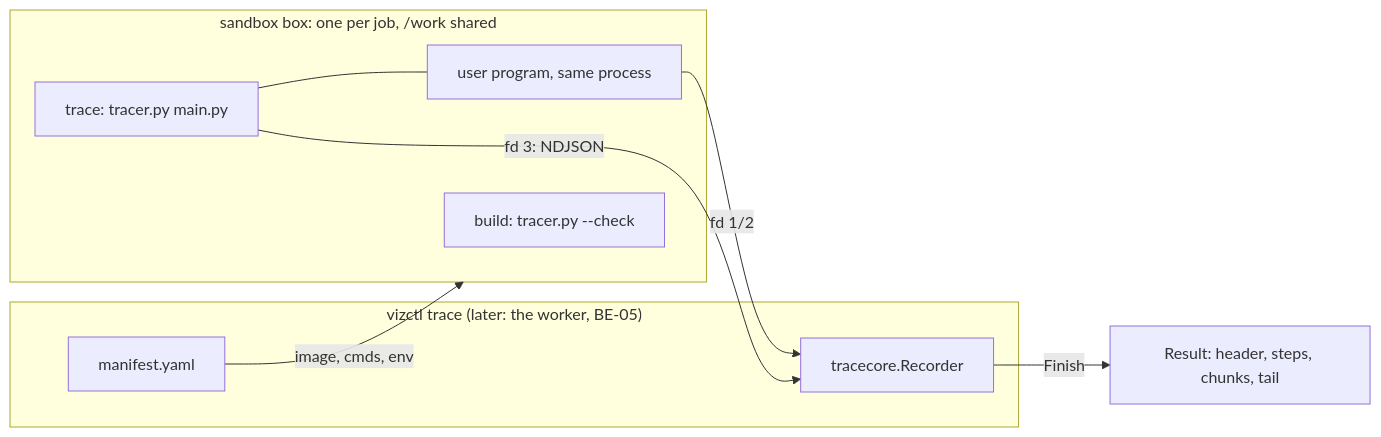
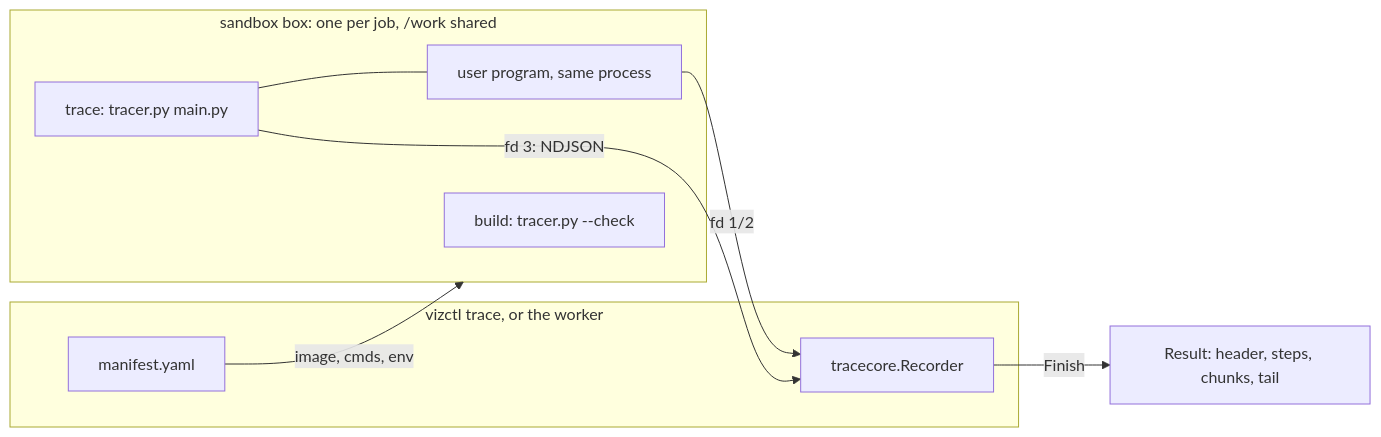
Before and after one commit to tu-hm/code-viz: the first of 2 diagrams in docs/backend/architecture/tracing.md, drawn with Mermaid. The commit also changed other lines of this file and 4 other files, not shown here.

````diff
--- a/docs/backend/architecture/tracing.md
+++ b/docs/backend/architecture/tracing.md
@@ -9,17 +9,17 @@
 ```mermaid
 flowchart LR
-  subgraph caller["vizctl trace (later: the worker, BE-05)"]
+  subgraph caller["vizctl trace, or the worker"]
     M["manifest.yaml"]
     R["tracecore.Recorder"]
   end
   subgraph box["sandbox box: one per job, /work shared"]
     C["build: tracer.py --check"]
     T["trace: tracer.py main.py"]
     U["user program, same process"]
     T --- U
   end
   M -->|"image, cmds, env"| box
   T -->|"fd 3: NDJSON"| R
   U -->|"fd 1/2"| R
   R -->|"Finish"| O["Result: header, steps, chunks, tail"]
 ```
````
